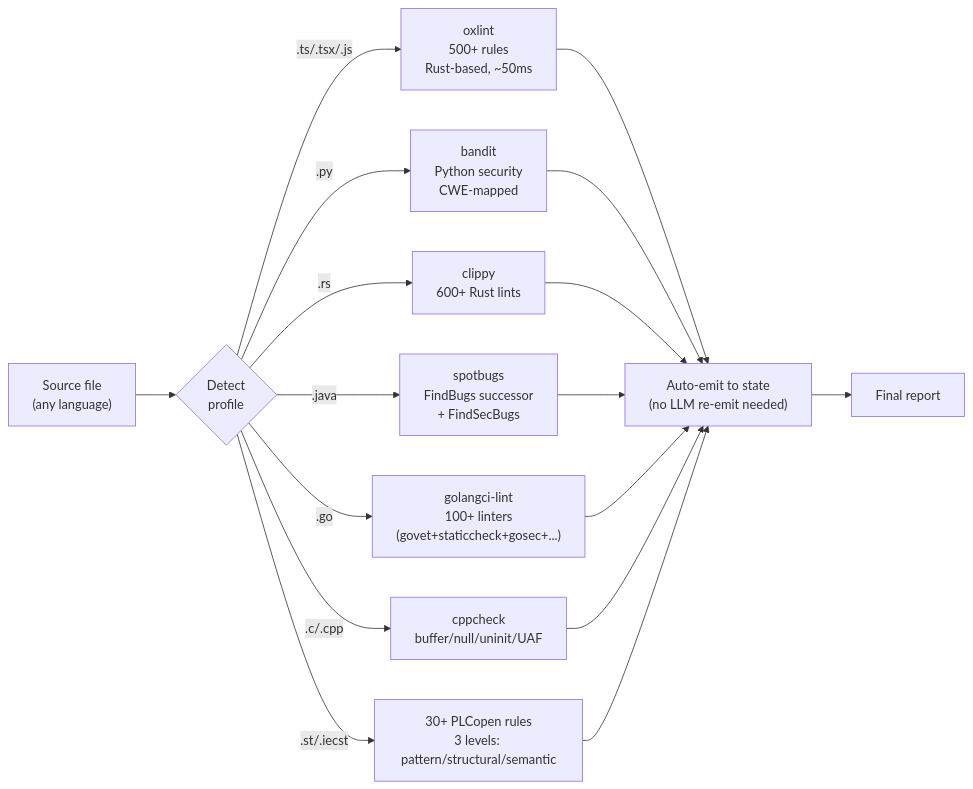
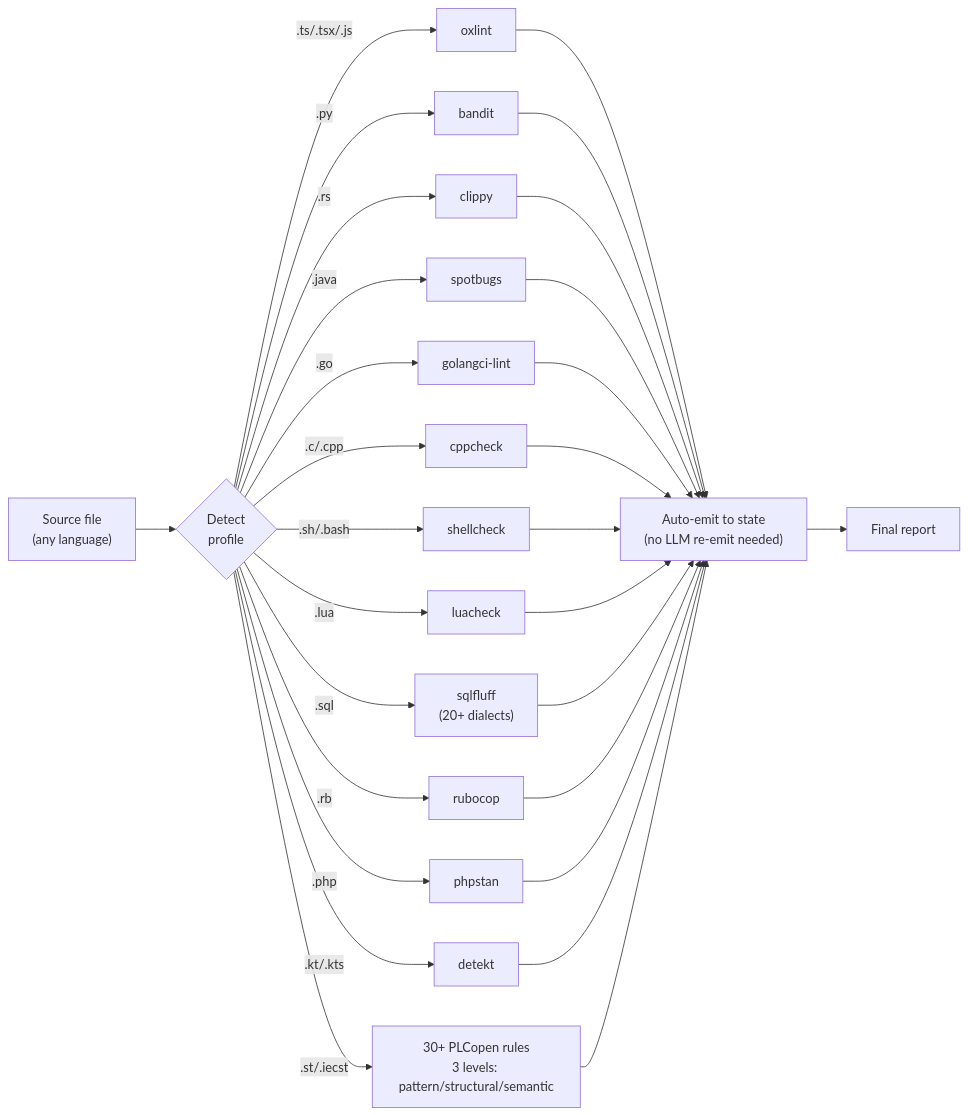
One commit to witold-andelie/revio changed the third of 15 diagrams in docs/ARCHITECTURE.md. Above: the diagram before and after it, drawn with Mermaid. The commit also changed other lines of this file and 21 other files, not shown here.

First line of the commit message:
feat: 6 new static analyzers — shellcheck/luacheck/sqlfluff/rubocop/phpstan/detekt

````diff
--- a/docs/ARCHITECTURE.md
+++ b/docs/ARCHITECTURE.md
@@ -178,22 +178,34 @@
 ```mermaid
 flowchart LR
     src["Source file<br/>(any language)"] --> dispatcher{Detect<br/>profile}
     
-    dispatcher -->|.ts/.tsx/.js| oxlint["oxlint<br/>500+ rules<br/>Rust-based, ~50ms"]
-    dispatcher -->|.py| bandit["bandit<br/>Python security<br/>CWE-mapped"]
-    dispatcher -->|.rs| clippy["clippy<br/>600+ Rust lints"]
-    dispatcher -->|.java| spotbugs["spotbugs<br/>FindBugs successor<br/>+ FindSecBugs"]
-    dispatcher -->|.go| golangci["golangci-lint<br/>100+ linters<br/>(govet+staticcheck+gosec+...)"]
-    dispatcher -->|.c/.cpp| cppcheck["cppcheck<br/>buffer/null/uninit/UAF"]
+    dispatcher -->|.ts/.tsx/.js| oxlint["oxlint"]
+    dispatcher -->|.py| bandit["bandit"]
+    dispatcher -->|.rs| clippy["clippy"]
+    dispatcher -->|.java| spotbugs["spotbugs"]
+    dispatcher -->|.go| golangci["golangci-lint"]
+    dispatcher -->|.c/.cpp| cppcheck["cppcheck"]
+    dispatcher -->|.sh/.bash| shellcheck["shellcheck"]
+    dispatcher -->|.lua| luacheck["luacheck"]
+    dispatcher -->|.sql| sqlfluff["sqlfluff<br/>(20+ dialects)"]
+    dispatcher -->|.rb| rubocop["rubocop"]
+    dispatcher -->|.php| phpstan["phpstan"]
+    dispatcher -->|.kt/.kts| detekt["detekt"]
     dispatcher -->|.st/.iecst| plc["30+ PLCopen rules<br/>3 levels: pattern/structural/semantic"]
     
     oxlint --> autoEmit["Auto-emit to state<br/>(no LLM re-emit needed)"]
     bandit --> autoEmit
     clippy --> autoEmit
     spotbugs --> autoEmit
     golangci --> autoEmit
     cppcheck --> autoEmit
+    shellcheck --> autoEmit
+    luacheck --> autoEmit
+    sqlfluff --> autoEmit
+    rubocop --> autoEmit
+    phpstan --> autoEmit
+    detekt --> autoEmit
     plc --> autoEmit
     
     autoEmit --> agentReport["Final report"]
 ```
````
